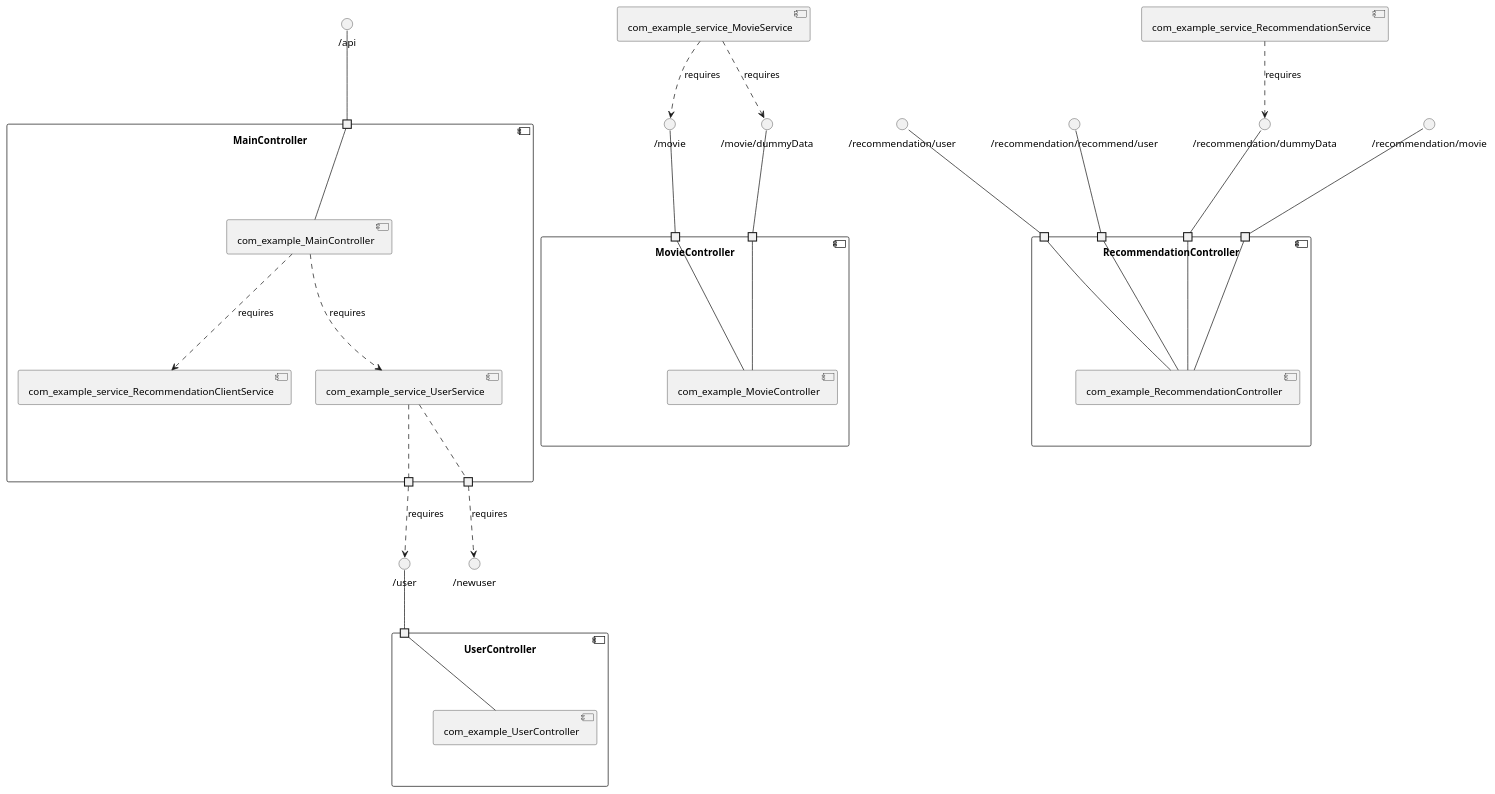
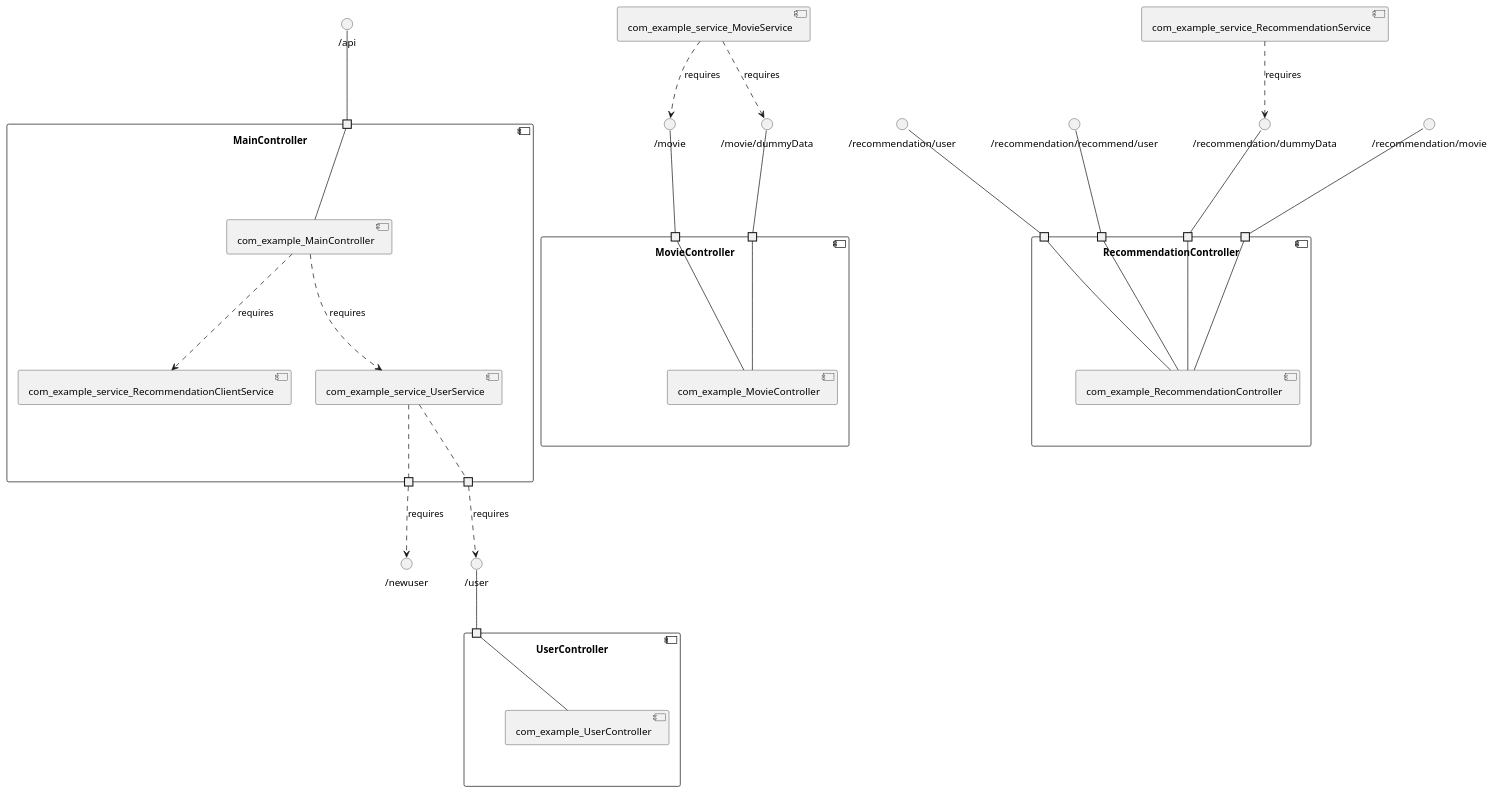
The diagram in spring-cloud-movie-recommendation/model_re/uml/componentDiagram.puml (View-Based-Reverse-Engineering/Retriever-Benchmark), drawn with PlantUML before and after one commit. The commit also changed other lines of this file and 165 other files, not shown here.

```diff
--- a/spring-cloud-movie-recommendation/model_re/uml/componentDiagram.puml
+++ b/spring-cloud-movie-recommendation/model_re/uml/componentDiagram.puml
@@ -1,66 +1,66 @@
 @startuml
 skinparam fixCircleLabelOverlapping true
 component "MainController\n\n\n\n\n\n" {
 [com_example_MainController]
 [com_example_service_UserService]
 [com_example_service_RecommendationClientService]
 portin " " as MainController.requires._api
+portout " " as MainController.provides._newuser
 portout " " as MainController.provides._user
-portout " " as MainController.provides._newuser
 [com_example_MainController]..>[com_example_service_UserService] : requires
 [com_example_MainController]..>[com_example_service_RecommendationClientService] : requires
 "MainController.requires._api"--[com_example_MainController]
 [com_example_service_UserService].."MainController.provides._user"
 [com_example_service_UserService].."MainController.provides._newuser"
 }
 interface "/api" as interface._api
 interface._api--"MainController.requires._api"
 interface "/user" as interface._user
 "MainController.provides._user"..>interface._user : requires
 interface "/newuser" as interface._newuser
 "MainController.provides._newuser"..>interface._newuser : requires
 component "MovieController\n\n\n\n\n\n" {
 [com_example_MovieController]
 portin " " as MovieController.requires._movie_dummyData
 portin " " as MovieController.requires._movie
 "MovieController.requires._movie_dummyData"--[com_example_MovieController]
 "MovieController.requires._movie"--[com_example_MovieController]
 }
 interface "/movie/dummyData" as interface._movie_dummyData
 interface._movie_dummyData--"MovieController.requires._movie_dummyData"
 interface "/movie" as interface._movie
 interface._movie--"MovieController.requires._movie"
 component "RecommendationController\n\n\n\n\n\n" {
 [com_example_RecommendationController]
 portin " " as RecommendationController.requires._recommendation_dummyData
 portin " " as RecommendationController.requires._recommendation_movie
 portin " " as RecommendationController.requires._recommendation_user
 portin " " as RecommendationController.requires._recommendation_recommend_user
 "RecommendationController.requires._recommendation_user"--[com_example_RecommendationController]
 "RecommendationController.requires._recommendation_dummyData"--[com_example_RecommendationController]
 "RecommendationController.requires._recommendation_recommend_user"--[com_example_RecommendationController]
 "RecommendationController.requires._recommendation_movie"--[com_example_RecommendationController]
 }
 interface "/recommendation/user" as interface._recommendation_user
 interface._recommendation_user--"RecommendationController.requires._recommendation_user"
 interface "/recommendation/dummyData" as interface._recommendation_dummyData
 interface._recommendation_dummyData--"RecommendationController.requires._recommendation_dummyData"
 interface "/recommendation/recommend/user" as interface._recommendation_recommend_user
 interface._recommendation_recommend_user--"RecommendationController.requires._recommendation_recommend_user"
 interface "/recommendation/movie" as interface._recommendation_movie
 interface._recommendation_movie--"RecommendationController.requires._recommendation_movie"
 component "UserController\n\n\n\n\n\n" {
 [com_example_UserController]
 portin " " as UserController.requires._user
 "UserController.requires._user"--[com_example_UserController]
 }
 interface "/user" as interface._user
 interface._user--"UserController.requires._user"
 interface "/movie" as interface._movie
 [com_example_service_MovieService]..>interface._movie : requires
 interface "/movie/dummyData" as interface._movie_dummyData
 [com_example_service_MovieService]..>interface._movie_dummyData : requires
 interface "/recommendation/dummyData" as interface._recommendation_dummyData
 [com_example_service_RecommendationService]..>interface._recommendation_dummyData : requires
 
 @enduml
```
